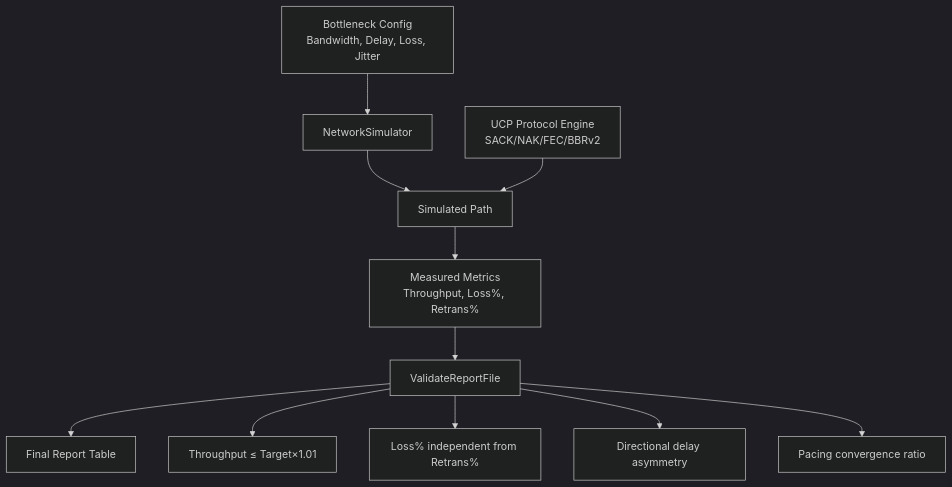
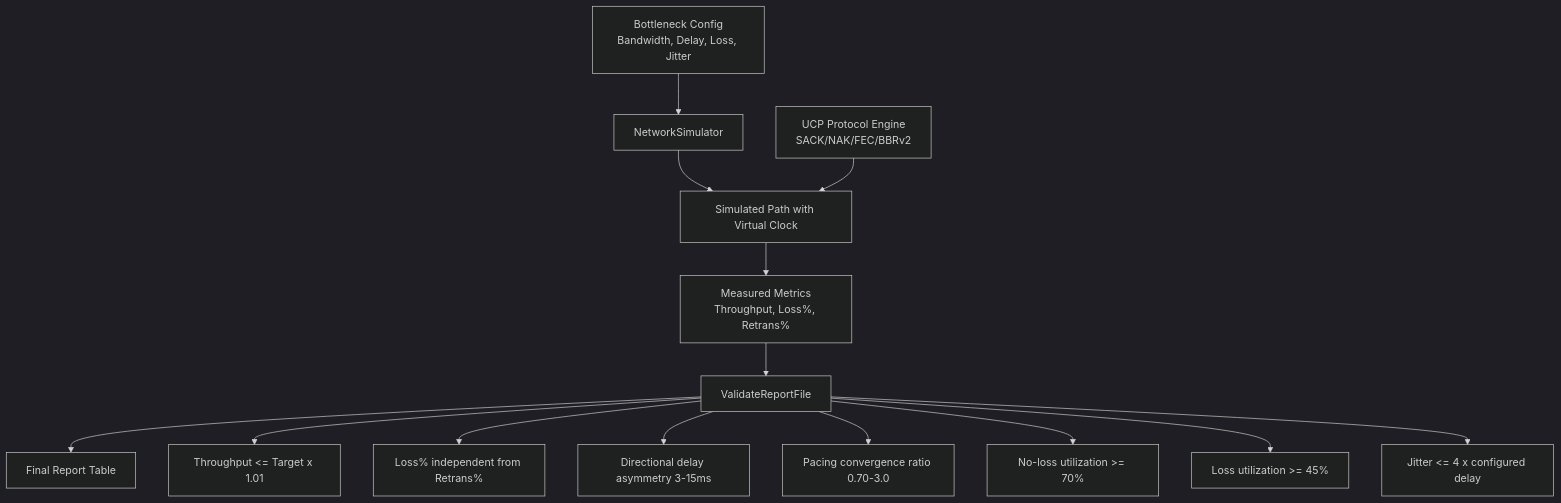
One commit to liulilittle/ucp changed the first of 4 diagrams in docs/performance.md. Above: the diagram before and after it, drawn with Mermaid (dark theme). The commit also changed other lines of this file and 17 other files, not shown here.

````diff
--- a/docs/performance.md
+++ b/docs/performance.md
@@ -17,14 +17,17 @@
 ```mermaid
 flowchart TD
     Config[Bottleneck Config<br/>Bandwidth, Delay, Loss, Jitter] --> Sim[NetworkSimulator]
-    Sim --> Net[Simulated Path]
+    Sim --> Net[Simulated Path with Virtual Clock]
     UCP[UCP Protocol Engine<br/>SACK/NAK/FEC/BBRv2] --> Net
     Net --> Metrics[Measured Metrics<br/>Throughput, Loss%, Retrans%]
     Metrics --> Validate[ValidateReportFile]
     Validate --> Report[Final Report Table]
 
-    Validate --> Check1[Throughput ≤ Target×1.01]
+    Validate --> Check1[Throughput <= Target x 1.01]
     Validate --> Check2[Loss% independent from Retrans%]
-    Validate --> Check3[Directional delay asymmetry]
-    Validate --> Check4[Pacing convergence ratio]
+    Validate --> Check3[Directional delay asymmetry 3-15ms]
+    Validate --> Check4[Pacing convergence ratio 0.70-3.0]
+    Validate --> Check5[No-loss utilization >= 70%]
+    Validate --> Check6[Loss utilization >= 45%]
+    Validate --> Check7[Jitter <= 4 x configured delay]
 ```
````
